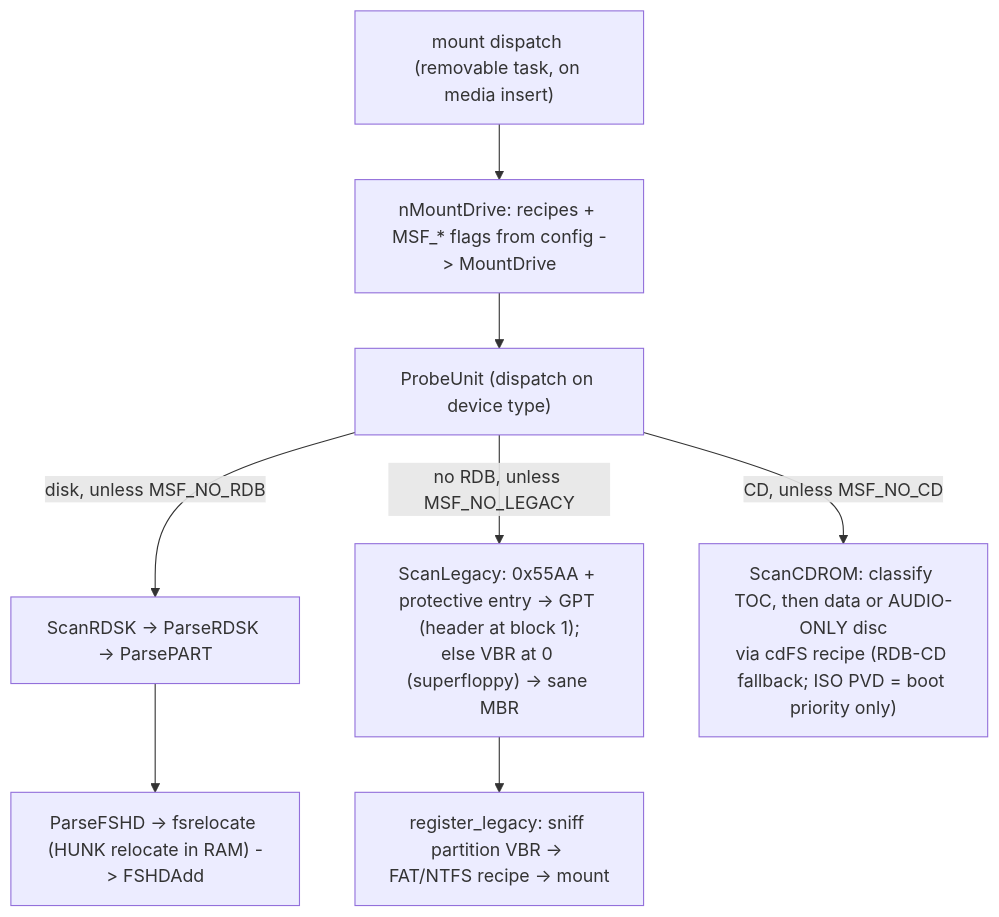
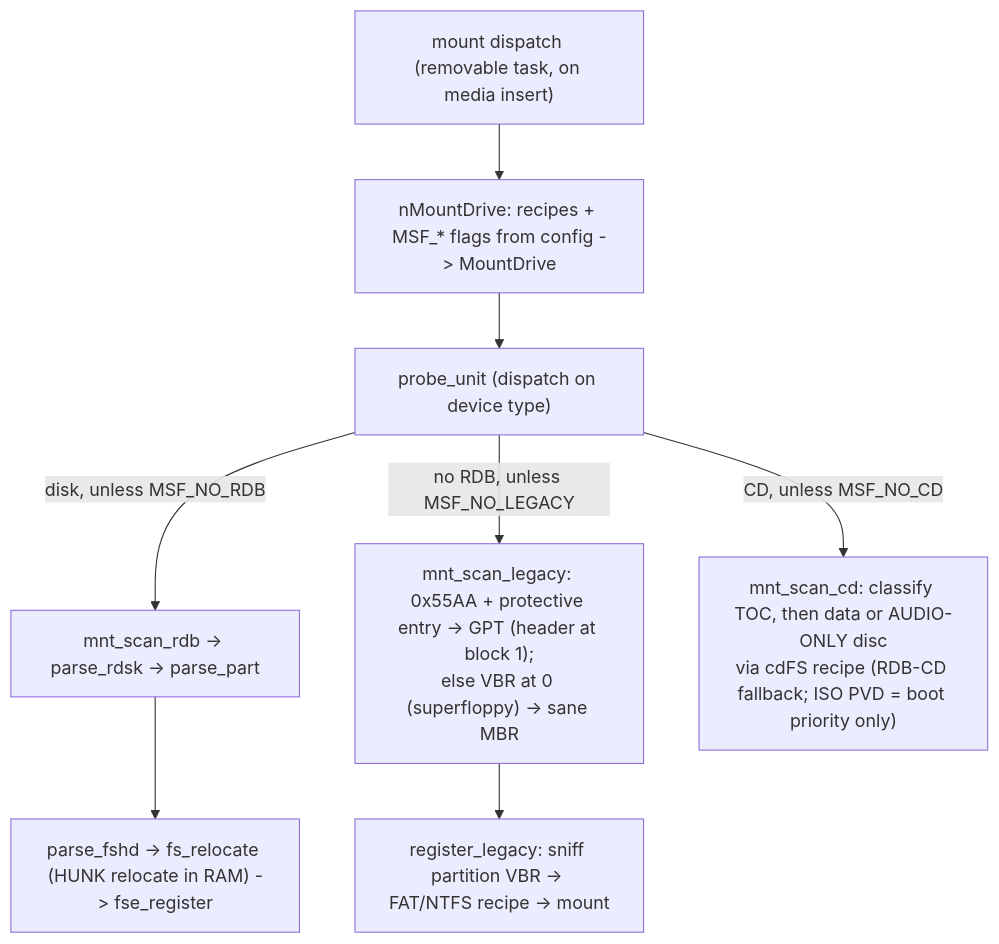
Before and after one commit to rondoval/poseidon-backport: the tenth of 12 diagrams in docs/massstorage.class-architecture.md, drawn with Mermaid. The commit also changed other lines of this file and 7 other files, not shown here.

````diff
--- a/docs/massstorage.class-architecture.md
+++ b/docs/massstorage.class-architecture.md
@@ -667,11 +718,11 @@
 ```mermaid
 flowchart TD
     DISP["mount dispatch (removable task, on media insert)"]
     DISP --> MD["nMountDrive: recipes + MSF_* flags from config -> MountDrive"]
-    MD --> PU["ProbeUnit (dispatch on device type)"]
-    PU -->|"disk, unless MSF_NO_RDB"| RDB["ScanRDSK -> ParseRDSK -> ParsePART"]
-    RDB --> FS["ParseFSHD -> fsrelocate (HUNK relocate in RAM) -> FSHDAdd"]
-    PU -->|"no RDB, unless MSF_NO_LEGACY"| LEG["ScanLegacy: 0x55AA + protective entry -> GPT (header at block 1);<br/>else VBR at 0 (superfloppy) -> sane MBR"]
+    MD --> PU["probe_unit (dispatch on device type)"]
+    PU -->|"disk, unless MSF_NO_RDB"| RDB["mnt_scan_rdb -> parse_rdsk -> parse_part"]
+    RDB --> FS["parse_fshd -> fs_relocate (HUNK relocate in RAM) -> fse_register"]
+    PU -->|"no RDB, unless MSF_NO_LEGACY"| LEG["mnt_scan_legacy: 0x55AA + protective entry -> GPT (header at block 1);<br/>else VBR at 0 (superfloppy) -> sane MBR"]
     LEG --> REG["register_legacy: sniff partition VBR -> FAT/NTFS recipe -> mount"]
-    PU -->|"CD, unless MSF_NO_CD"| CD["ScanCDROM: classify TOC, then data or AUDIO-ONLY disc<br/>via cdFS recipe (RDB-CD fallback; ISO PVD = boot priority only)"]
+    PU -->|"CD, unless MSF_NO_CD"| CD["mnt_scan_cd: classify TOC, then data or AUDIO-ONLY disc<br/>via cdFS recipe (RDB-CD fallback; ISO PVD = boot priority only)"]
 ```
````
